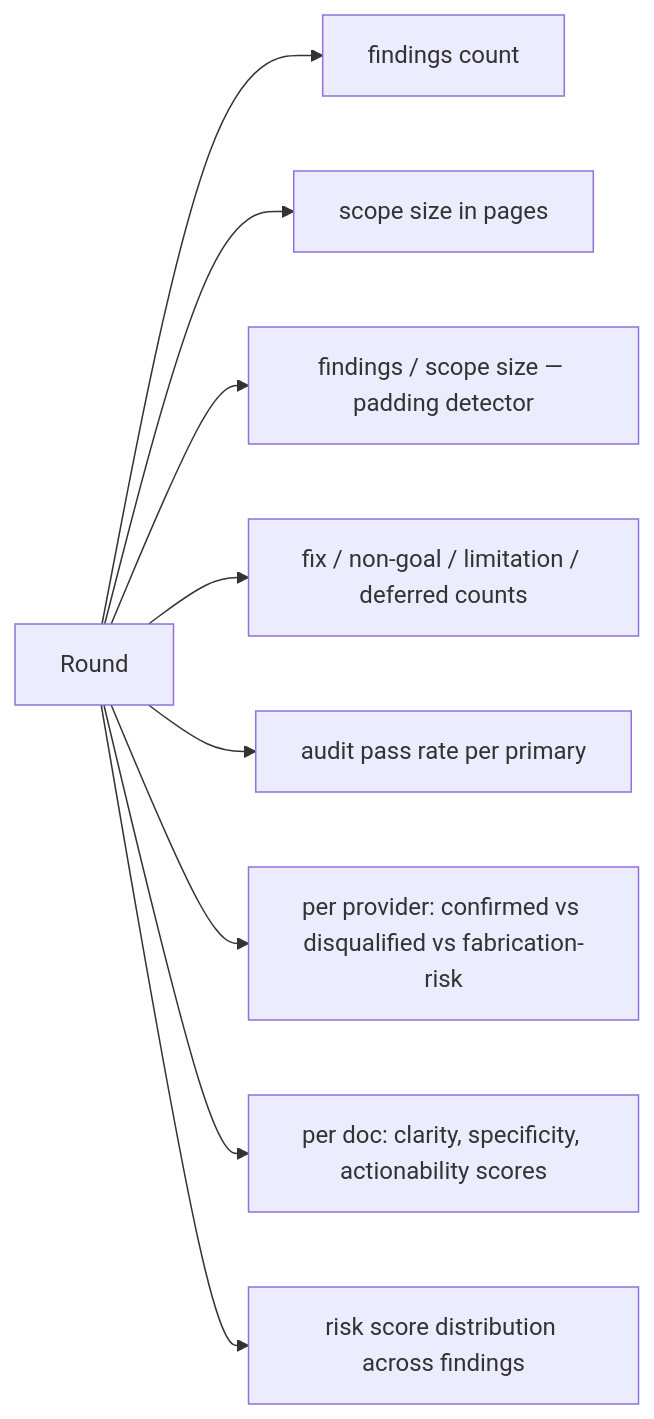
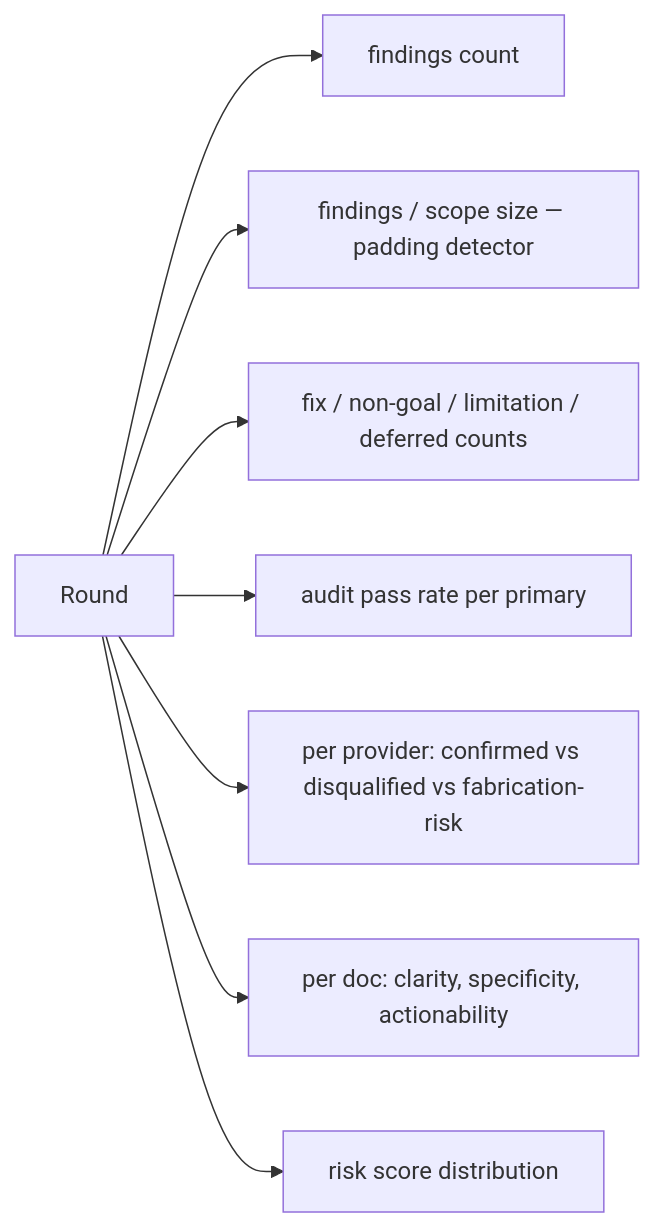
The diagram in procedure/empirical-signal.md (1qh/lens), drawn with Mermaid before and after one commit. The commit also changed other lines of this file and 14 other files, not shown here.

````diff
--- a/procedure/empirical-signal.md
+++ b/procedure/empirical-signal.md
@@ -7,11 +7,10 @@
 ```mermaid
 flowchart LR
     Round --> Findings[findings count]
-    Round --> ScopeSize[scope size in pages]
     Round --> Ratio[findings / scope size — padding detector]
     Round --> Outcomes[fix / non-goal / limitation / deferred counts]
     Round --> AuditPass[audit pass rate per primary]
-    Round --> ProviderBias[per provider: confirmed vs disqualified vs fabrication-risk]
-    Round --> DocScores[per doc: clarity, specificity, actionability scores]
-    Round --> RiskDist[risk score distribution across findings]
+    Round --> Bias[per provider: confirmed vs disqualified vs fabrication-risk]
+    Round --> DocScores[per doc: clarity, specificity, actionability]
+    Round --> Risk[risk score distribution]
 ```
````
